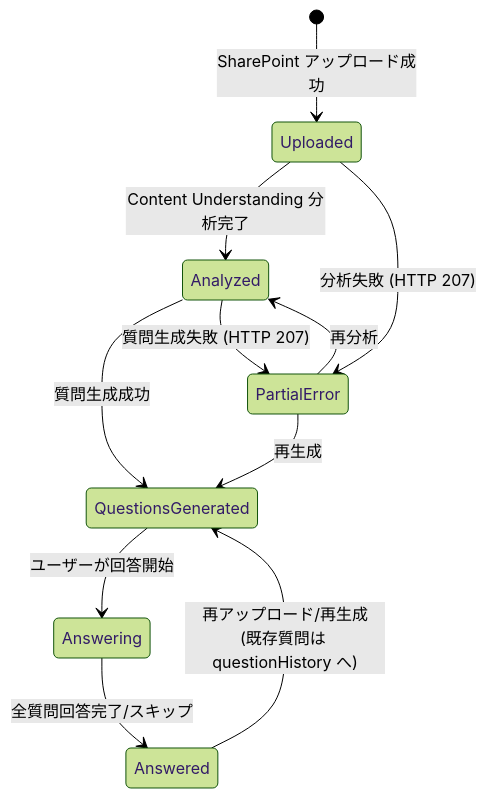
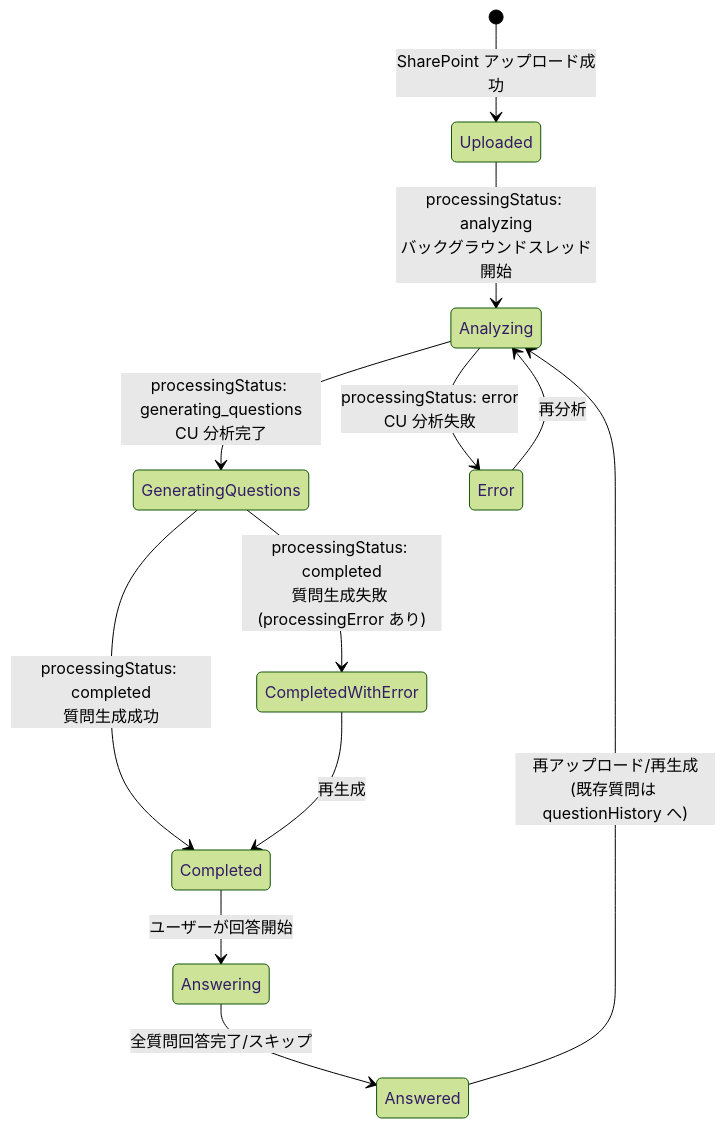
One commit to hatasaki/Manufacturing-Intelligent-Document-Management changed diagram 13 of 20 in docs/ARCHITECTURE.md. Above: the diagram before and after it, drawn with Mermaid (forest theme). The commit also changed other lines of this file and 11 other files, not shown here.

````diff
--- a/docs/ARCHITECTURE.md
+++ b/docs/ARCHITECTURE.md
@@ -447,13 +455,14 @@
 ```mermaid
 stateDiagram-v2
     [*] --> Uploaded: SharePoint アップロード成功
-    Uploaded --> Analyzed: Content Understanding 分析完了
-    Uploaded --> PartialError: 分析失敗 (HTTP 207)
-    Analyzed --> QuestionsGenerated: 質問生成成功
-    Analyzed --> PartialError: 質問生成失敗 (HTTP 207)
-    QuestionsGenerated --> Answering: ユーザーが回答開始
+    Uploaded --> Analyzing: processingStatus: analyzing<br/>バックグラウンドスレッド開始
+    Analyzing --> GeneratingQuestions: processingStatus: generating_questions<br/>CU 分析完了
+    Analyzing --> Error: processingStatus: error<br/>CU 分析失敗
+    GeneratingQuestions --> Completed: processingStatus: completed<br/>質問生成成功
+    GeneratingQuestions --> CompletedWithError: processingStatus: completed<br/>質問生成失敗 (processingError あり)
+    Completed --> Answering: ユーザーが回答開始
     Answering --> Answered: 全質問回答完了/スキップ
-    Answered --> QuestionsGenerated: 再アップロード/再生成<br/>(既存質問は questionHistory へ)
-    PartialError --> Analyzed: 再分析
-    PartialError --> QuestionsGenerated: 再生成
+    Answered --> Analyzing: 再アップロード/再生成<br/>(既存質問は questionHistory へ)
+    Error --> Analyzing: 再分析
+    CompletedWithError --> Completed: 再生成
 ```
````
